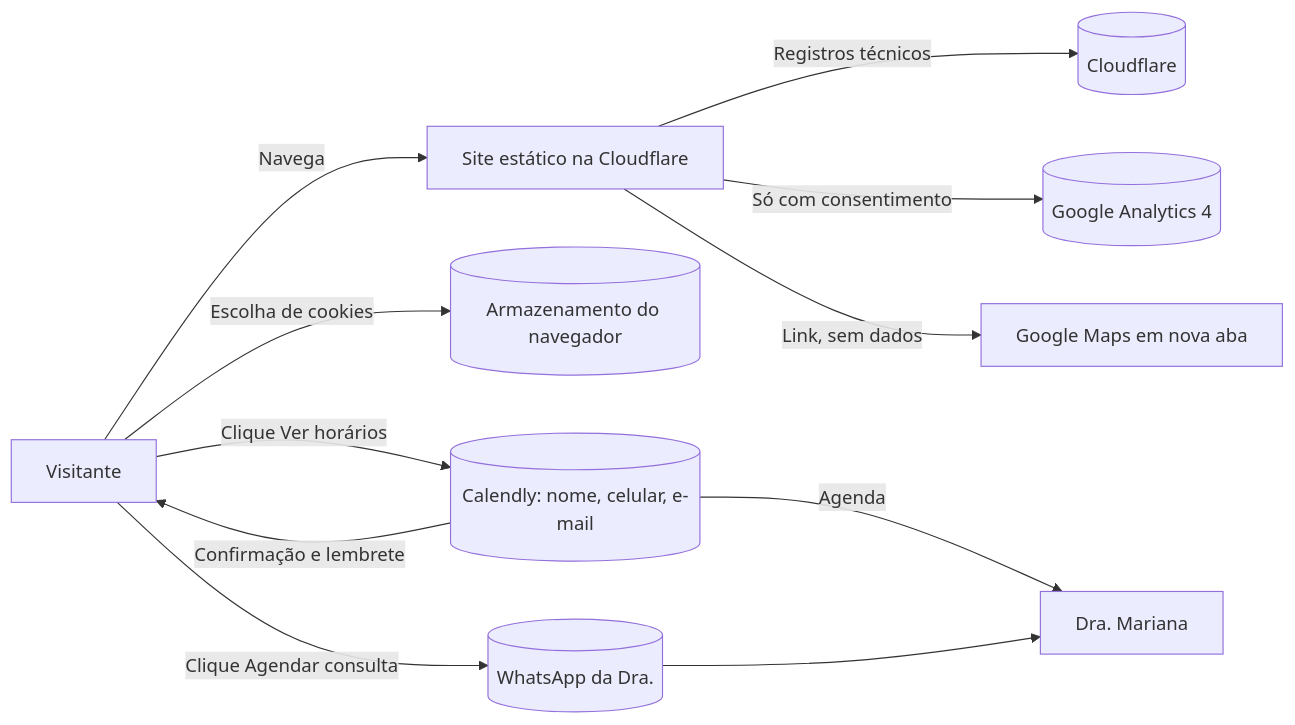
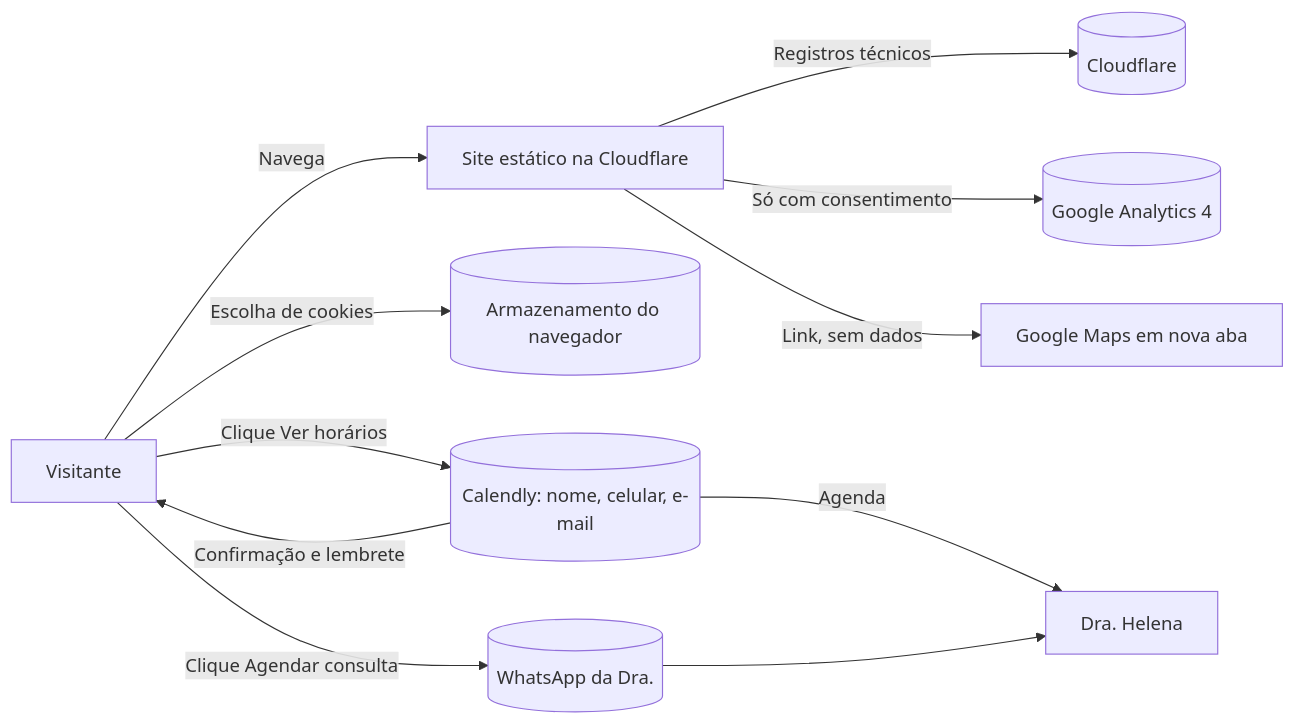
Before and after one commit to Jhassad93/Site-Dra-Mariana-Santiago: the diagram in docs/SCHEMA.md, drawn with Mermaid. The commit also changed other lines of this file and 45 other files, not shown here.

First line of the commit message:
portfólio: consultório fictício (Dra. Helena Duarte, CRM-SP 123456*) no lugar dos dados da cliente original

````diff
--- a/docs/SCHEMA.md
+++ b/docs/SCHEMA.md
@@ -26,13 +26,13 @@
 ```mermaid
 flowchart LR
     V[Visitante] -->|Navega| S[Site estático na Cloudflare]
     S -->|Registros técnicos| CF[(Cloudflare)]
     V -->|Escolha de cookies| LS[(Armazenamento do navegador)]
     S -->|Só com consentimento| GA[(Google Analytics 4)]
     V -->|Clique Agendar consulta| WA[(WhatsApp da Dra.)]
     V -->|Clique Ver horários| CAL[(Calendly: nome, celular, e-mail)]
     CAL -->|Confirmação e lembrete| V
-    CAL -->|Agenda| DRA[Dra. Mariana]
+    CAL -->|Agenda| DRA[Dra. Helena]
     WA --> DRA
     S -->|Link, sem dados| MAPS[Google Maps em nova aba]
 ```
````
